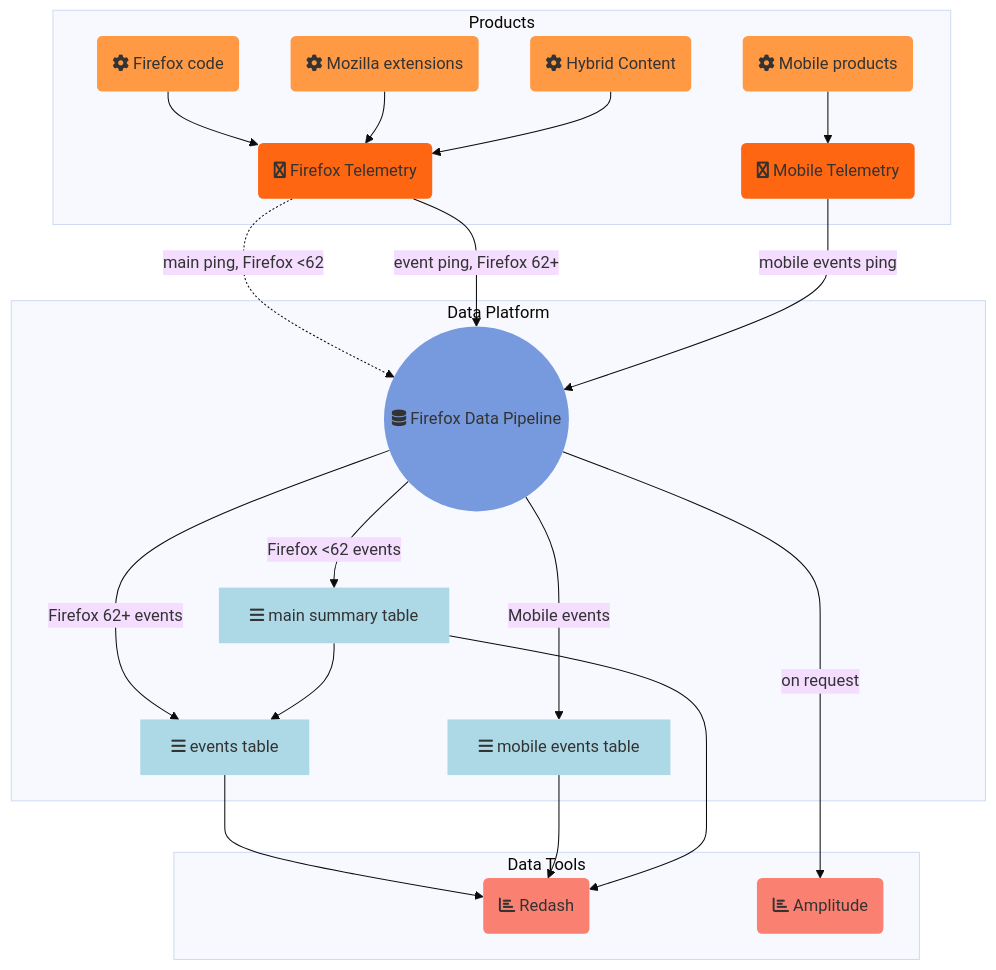
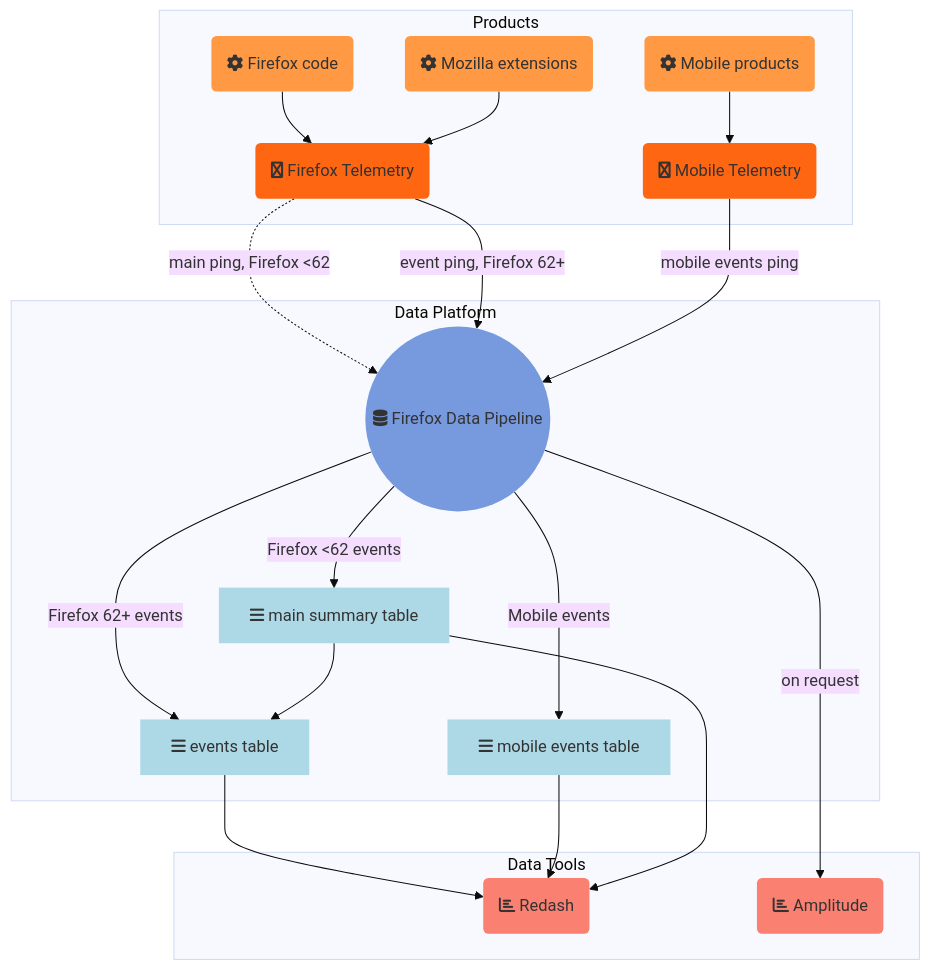
Before and after one commit to mozilla/data-docs: the diagram in src/concepts/pipeline/event_pipeline.md, drawn with Mermaid (base theme). The commit also changed other lines of this file, not shown here.

Commit message:
Hybrid Content Telemetry is gone now

````diff
--- a/src/concepts/pipeline/event_pipeline.md
+++ b/src/concepts/pipeline/event_pipeline.md
@@ -6,40 +6,38 @@
 ```mermaid
 graph TD
 
 subgraph Products
 fx_code(fa:fa-cog Firefox code) --> firefox(fa:fa-firefox Firefox Telemetry)
 fx_extensions(fa:fa-cog Mozilla extensions) --> firefox
-fx_hybrid(fa:fa-cog Hybrid Content) --> firefox
 mobile(fa:fa-cog Mobile products) --> mobile_telemetry(fa:fa-firefox Mobile Telemetry)
 end
 
 subgraph Data Platform
 firefox -.->|main ping, Firefox <62| pipeline((fa:fa-database Firefox Data Pipeline))
 firefox -->|event ping, Firefox 62+| pipeline
 mobile_telemetry --> |mobile events ping| pipeline
 pipeline -->|Firefox <62 events| main_summary[fa:fa-bars main summary table]
 pipeline -->|Firefox 62+ events| events_table[fa:fa-bars events table]
 main_summary --> events_table
 pipeline -->|Mobile events| mobile_events_table[fa:fa-bars mobile events table]
 end
 
 subgraph Data Tools
 events_table --> redash
 mobile_events_table --> redash
 main_summary --> redash(fa:fa-bar-chart Redash)
 pipeline -->|on request| amplitude(fa:fa-bar-chart Amplitude)
 end
 
 style fx_code fill:#f94,stroke-width:0px
 style fx_extensions fill:#f94,stroke-width:0px
-style fx_hybrid fill:#f94,stroke-width:0px
 style mobile fill:#f94,stroke-width:0px
 style firefox fill:#f61,stroke-width:0px
 style mobile_telemetry fill:#f61,stroke-width:0px
 style pipeline fill:#79d,stroke-width:0px
 style main_summary fill:lightblue,stroke-width:0px
 style events_table fill:lightblue,stroke-width:0px
 style mobile_events_table fill:lightblue,stroke-width:0px
 style redash fill:salmon,stroke-width:0px
 style amplitude fill:salmon,stroke-width:0px
 ```
````
